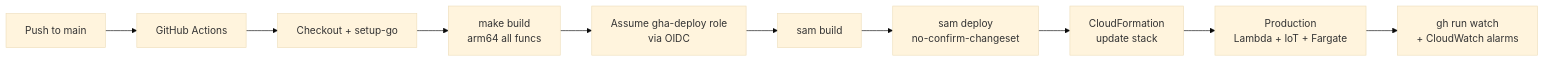
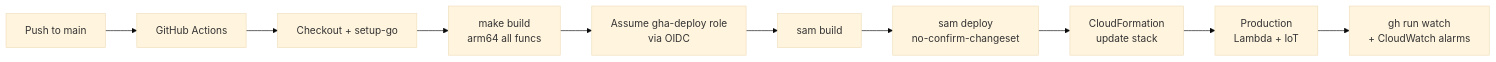
The first of 8 diagrams in plan.md (JeremyProffittOrg/live-ninja), drawn with Mermaid (base theme) before and after one commit. The commit also changed other lines of this file and 3 other files, not shown here.

````diff
--- a/plan.md
+++ b/plan.md
@@ -62,12 +62,12 @@
 ```mermaid
 flowchart LR
     DEV["Push to main"] --> GHA["GitHub Actions"]
     GHA --> CO["Checkout + setup-go"]
     CO --> BUILD["make build<br/>arm64 all funcs"]
     BUILD --> OIDC["Assume gha-deploy role<br/>via OIDC"]
     OIDC --> SB["sam build"]
     SB --> SD["sam deploy<br/>no-confirm-changeset"]
     SD --> CFN["CloudFormation<br/>update stack"]
-    CFN --> PROD["Production<br/>Lambda + IoT + Fargate"]
+    CFN --> PROD["Production<br/>Lambda + IoT"]
     PROD --> WATCH["gh run watch<br/>+ CloudWatch alarms"]
 ```
````
